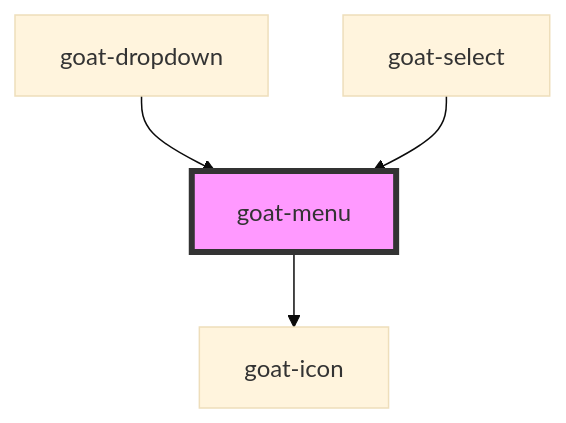
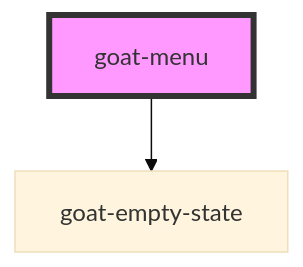
One commit to goatui/components changed the diagram in src/components/pickers/menu/readme.md. Above: the diagram before and after it, drawn with Mermaid (base theme). The commit also changed other lines of this file and 805 other files, not shown here.

````diff
--- a/src/components/pickers/menu/readme.md
+++ b/src/components/pickers/menu/readme.md
@@ -52,7 +39,5 @@
 ```mermaid
 graph TD;
-  goat-menu --> goat-icon
-  goat-dropdown --> goat-menu
-  goat-select --> goat-menu
+  goat-menu --> goat-empty-state
   style goat-menu fill:#f9f,stroke:#333,stroke-width:4px
 ```
````
